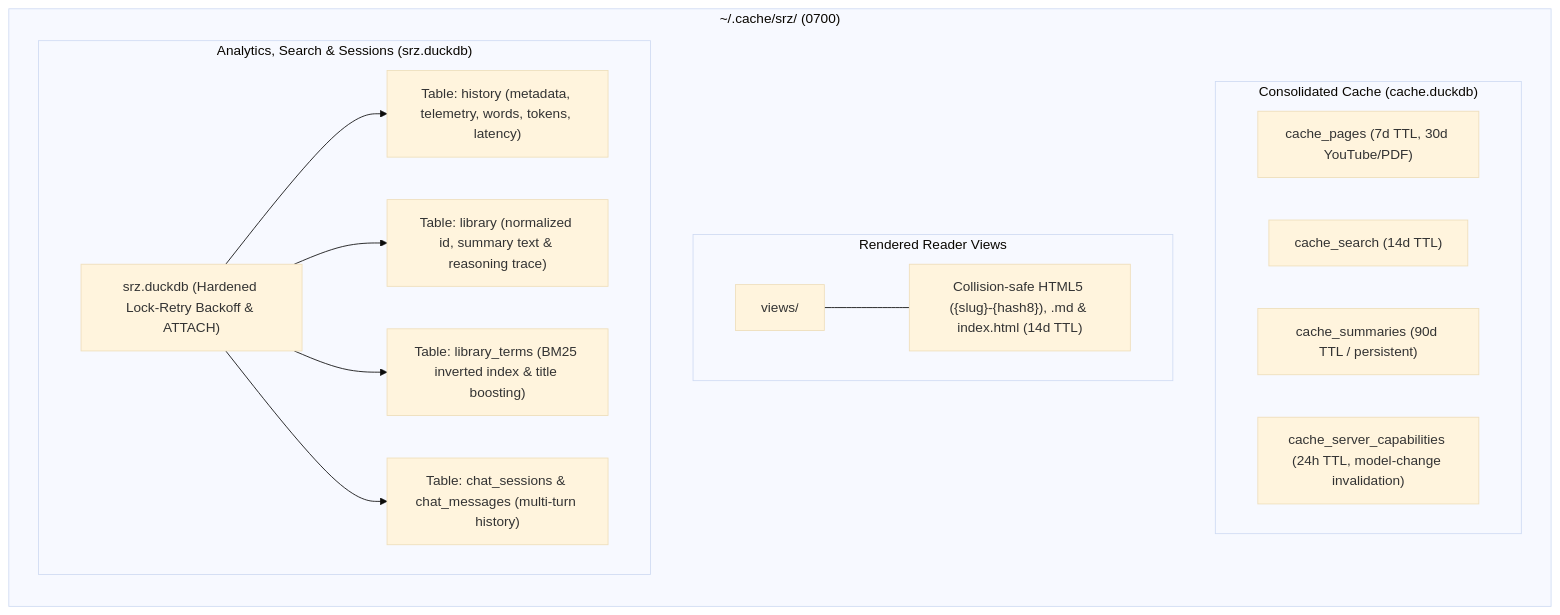
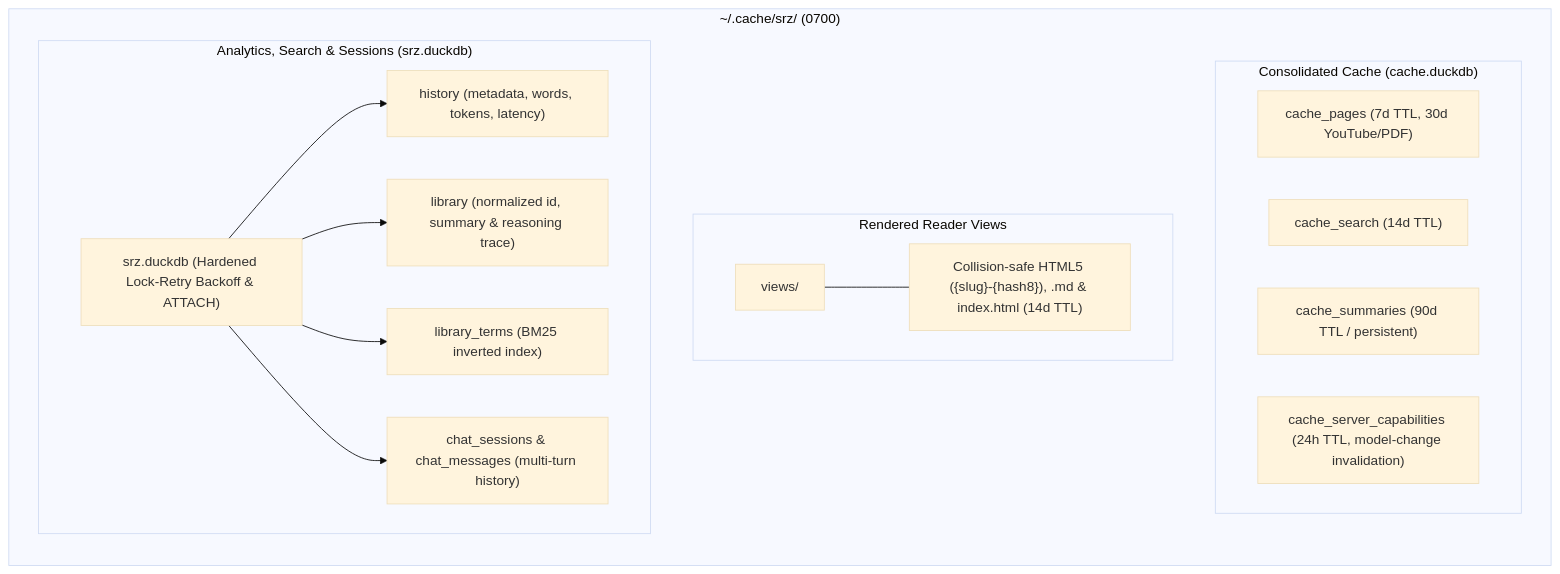
One commit to NewGuy012/srz changed the fourth of 4 diagrams in docs/src/architecture.md. Above: the diagram before and after it, drawn with Mermaid (base theme). The commit also changed other lines of this file, not shown here.

Commit message:
docs: update architecture documentation for Stage 2 resolution and grounding enhancements

````diff
--- a/docs/src/architecture.md
+++ b/docs/src/architecture.md
@@ -307,21 +220,21 @@
 ```mermaid
 graph LR
     subgraph Root["~/.cache/srz/ (0700)"]
         subgraph CacheEngine["Consolidated Cache (cache.duckdb)"]
             CP["cache_pages (7d TTL, 30d YouTube/PDF)"]
             CS["cache_search (14d TTL)"]
             CM["cache_summaries (90d TTL / persistent)"]
             CC["cache_server_capabilities (24h TTL, model-change invalidation)"]
         end
         subgraph ViewsDir["Rendered Reader Views"]
             V["views/"] --- V_desc["Collision-safe HTML5 ({slug}-{hash8}), .md & index.html (14d TTL)"]
         end
         subgraph LibraryDB["Analytics, Search & Sessions (srz.duckdb)"]
             D["srz.duckdb (Hardened Lock-Retry Backoff & ATTACH)"]
-            D --> T1["Table: history (metadata, telemetry, words, tokens, latency)"]
-            D --> T2["Table: library (normalized id, summary text & reasoning trace)"]
-            D --> T3["Table: library_terms (BM25 inverted index & title boosting)"]
-            D --> T4["Table: chat_sessions & chat_messages (multi-turn history)"]
+            D --> T1["history (metadata, words, tokens, latency)"]
+            D --> T2["library (normalized id, summary & reasoning trace)"]
+            D --> T3["library_terms (BM25 inverted index)"]
+            D --> T4["chat_sessions & chat_messages (multi-turn history)"]
         end
     end
 ```
````
